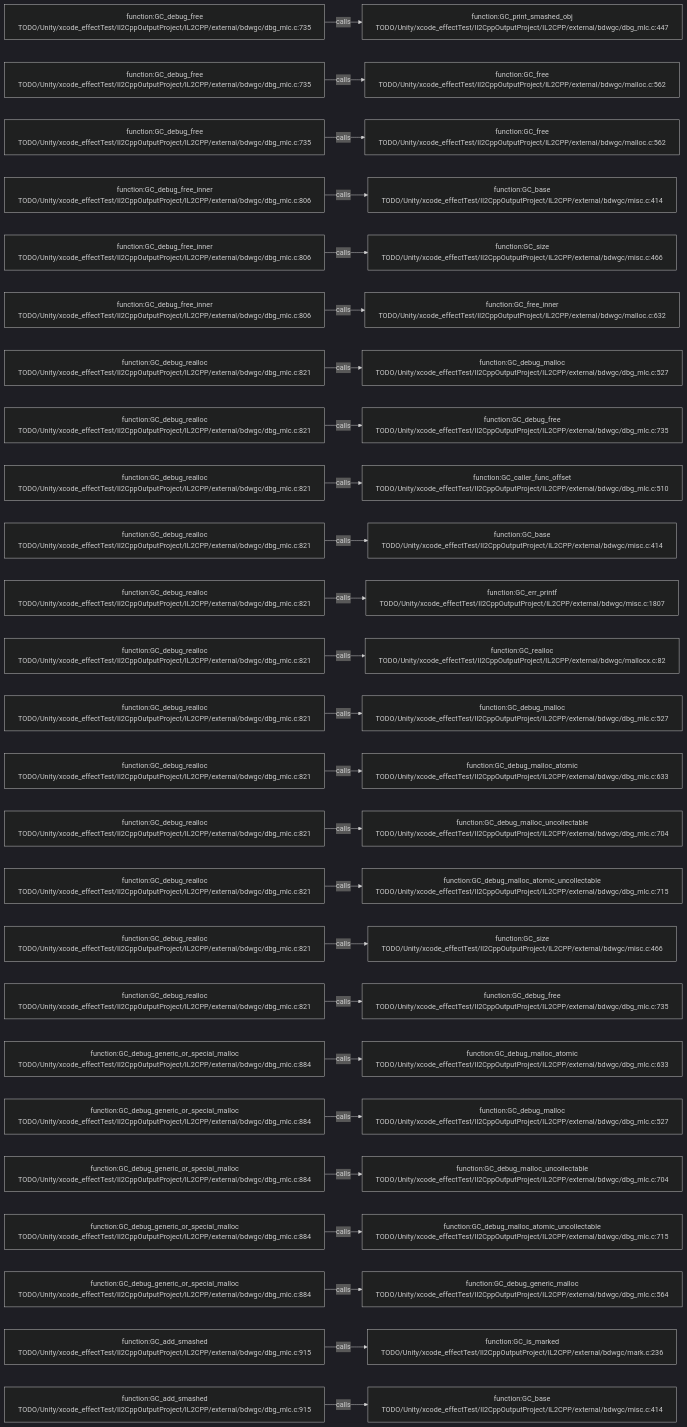
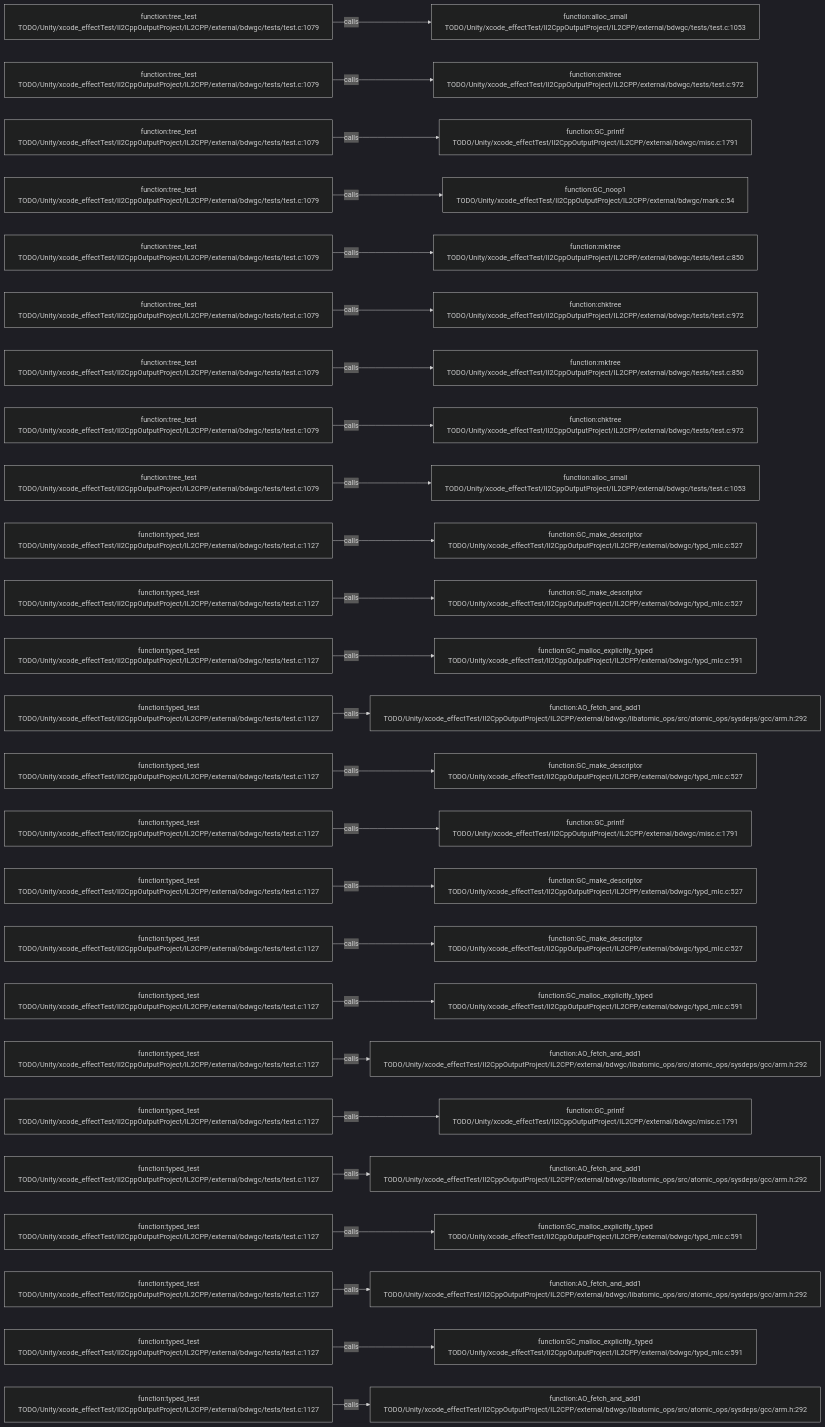
One commit to JobsKits/JobsSwiftBaseConfigDemo changed the diagram in .codegraph/codegraph.md/graphs/calls-168.md. Above: the diagram before and after it, drawn with Mermaid (dark theme). The commit also changed 227 other files, not shown here.

````diff
--- a/.codegraph/codegraph.md/graphs/calls-168.md
+++ b/.codegraph/codegraph.md/graphs/calls-168.md
@@ -13,78 +13,78 @@
 ```mermaid
 flowchart LR
-  S1["function:GC_debug_free<br/>TODO/Unity/xcode_effectTest/Il2CppOutputProject/IL2CPP/external/bdwgc/dbg_mlc.c:735"]
-  T1["function:GC_print_smashed_obj<br/>TODO/Unity/xcode_effectTest/Il2CppOutputProject/IL2CPP/external/bdwgc/dbg_mlc.c:447"]
+  S1["function:tree_test<br/>TODO/Unity/xcode_effectTest/Il2CppOutputProject/IL2CPP/external/bdwgc/tests/test.c:1079"]
+  T1["function:alloc_small<br/>TODO/Unity/xcode_effectTest/Il2CppOutputProject/IL2CPP/external/bdwgc/tests/test.c:1053"]
   S1 -->|calls| T1
-  S2["function:GC_debug_free<br/>TODO/Unity/xcode_effectTest/Il2CppOutputProject/IL2CPP/external/bdwgc/dbg_mlc.c:735"]
-  T2["function:GC_free<br/>TODO/Unity/xcode_effectTest/Il2CppOutputProject/IL2CPP/external/bdwgc/malloc.c:562"]
+  S2["function:tree_test<br/>TODO/Unity/xcode_effectTest/Il2CppOutputProject/IL2CPP/external/bdwgc/tests/test.c:1079"]
+  T2["function:chktree<br/>TODO/Unity/xcode_effectTest/Il2CppOutputProject/IL2CPP/external/bdwgc/tests/test.c:972"]
   S2 -->|calls| T2
-  S3["function:GC_debug_free<br/>TODO/Unity/xcode_effectTest/Il2CppOutputProject/IL2CPP/external/bdwgc/dbg_mlc.c:735"]
-  T3["function:GC_free<br/>TODO/Unity/xcode_effectTest/Il2CppOutputProject/IL2CPP/external/bdwgc/malloc.c:562"]
+  S3["function:tree_test<br/>TODO/Unity/xcode_effectTest/Il2CppOutputProject/IL2CPP/external/bdwgc/tests/test.c:1079"]
+  T3["function:GC_printf<br/>TODO/Unity/xcode_effectTest/Il2CppOutputProject/IL2CPP/external/bdwgc/misc.c:1791"]
   S3 -->|calls| T3
-  S4["function:GC_debug_free_inner<br/>TODO/Unity/xcode_effectTest/Il2CppOutputProject/IL2CPP/external/bdwgc/dbg_mlc.c:806"]
-  T4["function:GC_base<br/>TODO/Unity/xcode_effectTest/Il2CppOutputProject/IL2CPP/external/bdwgc/misc.c:414"]
+  S4["function:tree_test<br/>TODO/Unity/xcode_effectTest/Il2CppOutputProject/IL2CPP/external/bdwgc/tests/test.c:1079"]
+  T4["function:GC_noop1<br/>TODO/Unity/xcode_effectTest/Il2CppOutputProject/IL2CPP/external/bdwgc/mark.c:54"]
   S4 -->|calls| T4
-  S5["function:GC_debug_free_inner<br/>TODO/Unity/xcode_effectTest/Il2CppOutputProject/IL2CPP/external/bdwgc/dbg_mlc.c:806"]
-  T5["function:GC_size<br/>TODO/Unity/xcode_effectTest/Il2CppOutputProject/IL2CPP/external/bdwgc/misc.c:466"]
+  S5["function:tree_test<br/>TODO/Unity/xcode_effectTest/Il2CppOutputProject/IL2CPP/external/bdwgc/tests/test.c:1079"]
+  T5["function:mktree<br/>TODO/Unity/xcode_effectTest/Il2CppOutputProject/IL2CPP/external/bdwgc/tests/test.c:850"]
   S5 -->|calls| T5
-  S6["function:GC_debug_free_inner<br/>TODO/Unity/xcode_effectTest/Il2CppOutputProject/IL2CPP/external/bdwgc/dbg_mlc.c:806"]
-  T6["function:GC_free_inner<br/>TODO/Unity/xcode_effectTest/Il2CppOutputProject/IL2CPP/external/bdwgc/malloc.c:632"]
+  S6["function:tree_test<br/>TODO/Unity/xcode_effectTest/Il2CppOutputProject/IL2CPP/external/bdwgc/tests/test.c:1079"]
+  T6["function:chktree<br/>TODO/Unity/xcode_effectTest/Il2CppOutputProject/IL2CPP/external/bdwgc/tests/test.c:972"]
   S6 -->|calls| T6
-  S7["function:GC_debug_realloc<br/>TODO/Unity/xcode_effectTest/Il2CppOutputProject/IL2CPP/external/bdwgc/dbg_mlc.c:821"]
-  T7["function:GC_debug_malloc<br/>TODO/Unity/xcode_effectTest/Il2CppOutputProject/IL2CPP/external/bdwgc/dbg_mlc.c:527"]
+  S7["function:tree_test<br/>TODO/Unity/xcode_effectTest/Il2CppOutputProject/IL2CPP/external/bdwgc/tests/test.c:1079"]
+  T7["function:mktree<br/>TODO/Unity/xcode_effectTest/Il2CppOutputProject/IL2CPP/external/bdwgc/tests/test.c:850"]
   S7 -->|calls| T7
-  S8["function:GC_debug_realloc<br/>TODO/Unity/xcode_effectTest/Il2CppOutputProject/IL2CPP/external/bdwgc/dbg_mlc.c:821"]
-  T8["function:GC_debug_free<br/>TODO/Unity/xcode_effectTest/Il2CppOutputProject/IL2CPP/external/bdwgc/dbg_mlc.c:735"]
+  S8["function:tree_test<br/>TODO/Unity/xcode_effectTest/Il2CppOutputProject/IL2CPP/external/bdwgc/tests/test.c:1079"]
+  T8["function:chktree<br/>TODO/Unity/xcode_effectTest/Il2CppOutputProject/IL2CPP/external/bdwgc/tests/test.c:972"]
   S8 -->|calls| T8
-  S9["function:GC_debug_realloc<br/>TODO/Unity/xcode_effectTest/Il2CppOutputProject/IL2CPP/external/bdwgc/dbg_mlc.c:821"]
-  T9["function:GC_caller_func_offset<br/>TODO/Unity/xcode_effectTest/Il2CppOutputProject/IL2CPP/external/bdwgc/dbg_mlc.c:510"]
+  S9["function:tree_test<br/>TODO/Unity/xcode_effectTest/Il2CppOutputProject/IL2CPP/external/bdwgc/tests/test.c:1079"]
+  T9["function:alloc_small<br/>TODO/Unity/xcode_effectTest/Il2CppOutputProject/IL2CPP/external/bdwgc/tests/test.c:1053"]
   S9 -->|calls| T9
-  S10["function:GC_debug_realloc<br/>TODO/Unity/xcode_effectTest/Il2CppOutputProject/IL2CPP/external/bdwgc/dbg_mlc.c:821"]
-  T10["function:GC_base<br/>TODO/Unity/xcode_effectTest/Il2CppOutputProject/IL2CPP/external/bdwgc/misc.c:414"]
+  S10["function:typed_test<br/>TODO/Unity/xcode_effectTest/Il2CppOutputProject/IL2CPP/external/bdwgc/tests/test.c:1127"]
+  T10["function:GC_make_descriptor<br/>TODO/Unity/xcode_effectTest/Il2CppOutputProject/IL2CPP/external/bdwgc/typd_mlc.c:527"]
   S10 -->|calls| T10
-  S11["function:GC_debug_realloc<br/>TODO/Unity/xcode_effectTest/Il2CppOutputProject/IL2CPP/external/bdwgc/dbg_mlc.c:821"]
-  T11["function:GC_err_printf<br/>TODO/Unity/xcode_effectTest/Il2CppOutputProject/IL2CPP/external/bdwgc/misc.c:1807"]
+  S11["function:typed_test<br/>TODO/Unity/xcode_effectTest/Il2CppOutputProject/IL2CPP/external/bdwgc/tests/test.c:1127"]
+  T11["function:GC_make_descriptor<br/>TODO/Unity/xcode_effectTest/Il2CppOutputProject/IL2CPP/external/bdwgc/typd_mlc.c:527"]
   S11 -->|calls| T11
-  S12["function:GC_debug_realloc<br/>TODO/Unity/xcode_effectTest/Il2CppOutputProject/IL2CPP/external/bdwgc/dbg_mlc.c:821"]
-  T12["function:GC_realloc<br/>TODO/Unity/xcode_effectTest/Il2CppOutputProject/IL2CPP/external/bdwgc/mallocx.c:82"]
+  S12["function:typed_test<br/>TODO/Unity/xcode_effectTest/Il2CppOutputProject/IL2CPP/external/bdwgc/tests/test.c:1127"]
+  T12["function:GC_malloc_explicitly_typed<br/>TODO/Unity/xcode_effectTest/Il2CppOutputProject/IL2CPP/external/bdwgc/typd_mlc.c:591"]
   S12 -->|calls| T12
-  S13["function:GC_debug_realloc<br/>TODO/Unity/xcode_effectTest/Il2CppOutputProject/IL2CPP/external/bdwgc/dbg_mlc.c:821"]
-  T13["function:GC_debug_malloc<br/>TODO/Unity/xcode_effectTest/Il2CppOutputProject/IL2CPP/external/bdwgc/dbg_mlc.c:527"]
+  S13["function:typed_test<br/>TODO/Unity/xcode_effectTest/Il2CppOutputProject/IL2CPP/external/bdwgc/tests/test.c:1127"]
+  T13["function:AO_fetch_and_add1<br/>TODO/Unity/xcode_effectTest/Il2CppOutputProject/IL2CPP/external/bdwgc/libatomic_ops/src/atomic_ops/sysdeps/gcc/arm.h:292"]
   S13 -->|calls| T13
-  S14["function:GC_debug_realloc<br/>TODO/Unity/xcode_effectTest/Il2CppOutputProject/IL2CPP/external/bdwgc/dbg_mlc.c:821"]
-  T14["function:GC_debug_malloc_atomic<br/>TODO/Unity/xcode_effectTest/Il2CppOutputProject/IL2CPP/external/bdwgc/dbg_mlc.c:633"]
+  S14["function:typed_test<br/>TODO/Unity/xcode_effectTest/Il2CppOutputProject/IL2CPP/external/bdwgc/tests/test.c:1127"]
+  T14["function:GC_make_descriptor<br/>TODO/Unity/xcode_effectTest/Il2CppOutputProject/IL2CPP/external/bdwgc/typd_mlc.c:527"]
   S14 -->|calls| T14
-  S15["function:GC_debug_realloc<br/>TODO/Unity/xcode_effectTest/Il2CppOutputProject/IL2CPP/external/bdwgc/dbg_mlc.c:821"]
-  T15["function:GC_debug_malloc_uncollectable<br/>TODO/Unity/xcode_effectTest/Il2CppOutputProject/IL2CPP/external/bdwgc/dbg_mlc.c:704"]
+  S15["function:typed_test<br/>TODO/Unity/xcode_effectTest/Il2CppOutputProject/IL2CPP/external/bdwgc/tests/test.c:1127"]
+  T15["function:GC_printf<br/>TODO/Unity/xcode_effectTest/Il2CppOutputProject/IL2CPP/external/bdwgc/misc.c:1791"]
   S15 -->|calls| T15
-  S16["function:GC_debug_realloc<br/>TODO/Unity/xcode_effectTest/Il2CppOutputProject/IL2CPP/external/bdwgc/dbg_mlc.c:821"]
-  T16["function:GC_debug_malloc_atomic_uncollectable<br/>TODO/Unity/xcode_effectTest/Il2CppOutputProject/IL2CPP/external/bdwgc/dbg_mlc.c:715"]
+  S16["function:typed_test<br/>TODO/Unity/xcode_effectTest/Il2CppOutputProject/IL2CPP/external/bdwgc/tests/test.c:1127"]
+  T16["function:GC_make_descriptor<br/>TODO/Unity/xcode_effectTest/Il2CppOutputProject/IL2CPP/external/bdwgc/typd_mlc.c:527"]
   S16 -->|calls| T16
-  S17["function:GC_debug_realloc<br/>TODO/Unity/xcode_effectTest/Il2CppOutputProject/IL2CPP/external/bdwgc/dbg_mlc.c:821"]
-  T17["function:GC_size<br/>TODO/Unity/xcode_effectTest/Il2CppOutputProject/IL2CPP/external/bdwgc/misc.c:466"]
+  S17["function:typed_test<br/>TODO/Unity/xcode_effectTest/Il2CppOutputProject/IL2CPP/external/bdwgc/tests/test.c:1127"]
+  T17["function:GC_make_descriptor<br/>TODO/Unity/xcode_effectTest/Il2CppOutputProject/IL2CPP/external/bdwgc/typd_mlc.c:527"]
   S17 -->|calls| T17
-  S18["function:GC_debug_realloc<br/>TODO/Unity/xcode_effectTest/Il2CppOutputProject/IL2CPP/external/bdwgc/dbg_mlc.c:821"]
-  T18["function:GC_debug_free<br/>TODO/Unity/xcode_effectTest/Il2CppOutputProject/IL2CPP/external/bdwgc/dbg_mlc.c:735"]
+  S18["function:typed_test<br/>TODO/Unity/xcode_effectTest/Il2CppOutputProject/IL2CPP/external/bdwgc/tests/test.c:1127"]
+  T18["function:GC_malloc_explicitly_typed<br/>TODO/Unity/xcode_effectTest/Il2CppOutputProject/IL2CPP/external/bdwgc/typd_mlc.c:591"]
   S18 -->|calls| T18
-  S19["function:GC_debug_generic_or_special_malloc<br/>TODO/Unity/xcode_effectTest/Il2CppOutputProject/IL2CPP/external/bdwgc/dbg_mlc.c:884"]
-  T19["function:GC_debug_malloc_atomic<br/>TODO/Unity/xcode_effectTest/Il2CppOutputProject/IL2CPP/external/bdwgc/dbg_mlc.c:633"]
+  S19["function:typed_test<br/>TODO/Unity/xcode_effectTest/Il2CppOutputProject/IL2CPP/external/bdwgc/tests/test.c:1127"]
+  T19["function:AO_fetch_and_add1<br/>TODO/Unity/xcode_effectTest/Il2CppOutputProject/IL2CPP/external/bdwgc/libatomic_ops/src/atomic_ops/sysdeps/gcc/arm.h:292"]
   S19 -->|calls| T19
-  S20["function:GC_debug_generic_or_special_malloc<br/>TODO/Unity/xcode_effectTest/Il2CppOutputProject/IL2CPP/external/bdwgc/dbg_mlc.c:884"]
-  T20["function:GC_debug_malloc<br/>TODO/Unity/xcode_effectTest/Il2CppOutputProject/IL2CPP/external/bdwgc/dbg_mlc.c:527"]
+  S20["function:typed_test<br/>TODO/Unity/xcode_effectTest/Il2CppOutputProject/IL2CPP/external/bdwgc/tests/test.c:1127"]
+  T20["function:GC_printf<br/>TODO/Unity/xcode_effectTest/Il2CppOutputProject/IL2CPP/external/bdwgc/misc.c:1791"]
   S20 -->|calls| T20
-  S21["function:GC_debug_generic_or_special_malloc<br/>TODO/Unity/xcode_effectTest/Il2CppOutputProject/IL2CPP/external/bdwgc/dbg_mlc.c:884"]
-  T21["function:GC_debug_malloc_uncollectable<br/>TODO/Unity/xcode_effectTest/Il2CppOutputProject/IL2CPP/external/bdwgc/dbg_mlc.c:704"]
+  S21["function:typed_test<br/>TODO/Unity/xcode_effectTest/Il2CppOutputProject/IL2CPP/external/bdwgc/tests/test.c:1127"]
+  T21["function:AO_fetch_and_add1<br/>TODO/Unity/xcode_effectTest/Il2CppOutputProject/IL2CPP/external/bdwgc/libatomic_ops/src/atomic_ops/sysdeps/gcc/arm.h:292"]
   S21 -->|calls| T21
-  S22["function:GC_debug_generic_or_special_malloc<br/>TODO/Unity/xcode_effectTest/Il2CppOutputProject/IL2CPP/external/bdwgc/dbg_mlc.c:884"]
-  T22["function:GC_debug_malloc_atomic_uncollectable<br/>TODO/Unity/xcode_effectTest/Il2CppOutputProject/IL2CPP/external/bdwgc/dbg_mlc.c:715"]
+  S22["function:typed_test<br/>TODO/Unity/xcode_effectTest/Il2CppOutputProject/IL2CPP/external/bdwgc/tests/test.c:1127"]
+  T22["function:GC_malloc_explicitly_typed<br/>TODO/Unity/xcode_effectTest/Il2CppOutputProject/IL2CPP/external/bdwgc/typd_mlc.c:591"]
   S22 -->|calls| T22
-  S23["function:GC_debug_generic_or_special_malloc<br/>TODO/Unity/xcode_effectTest/Il2CppOutputProject/IL2CPP/external/bdwgc/dbg_mlc.c:884"]
-  T23["function:GC_debug_generic_malloc<br/>TODO/Unity/xcode_effectTest/Il2CppOutputProject/IL2CPP/external/bdwgc/dbg_mlc.c:564"]
+  S23["function:typed_test<br/>TODO/Unity/xcode_effectTest/Il2CppOutputProject/IL2CPP/external/bdwgc/tests/test.c:1127"]
+  T23["function:AO_fetch_and_add1<br/>TODO/Unity/xcode_effectTest/Il2CppOutputProject/IL2CPP/external/bdwgc/libatomic_ops/src/atomic_ops/sysdeps/gcc/arm.h:292"]
   S23 -->|calls| T23
-  S24["function:GC_add_smashed<br/>TODO/Unity/xcode_effectTest/Il2CppOutputProject/IL2CPP/external/bdwgc/dbg_mlc.c:915"]
-  T24["function:GC_is_marked<br/>TODO/Unity/xcode_effectTest/Il2CppOutputProject/IL2CPP/external/bdwgc/mark.c:236"]
+  S24["function:typed_test<br/>TODO/Unity/xcode_effectTest/Il2CppOutputProject/IL2CPP/external/bdwgc/tests/test.c:1127"]
+  T24["function:GC_malloc_explicitly_typed<br/>TODO/Unity/xcode_effectTest/Il2CppOutputProject/IL2CPP/external/bdwgc/typd_mlc.c:591"]
   S24 -->|calls| T24
-  S25["function:GC_add_smashed<br/>TODO/Unity/xcode_effectTest/Il2CppOutputProject/IL2CPP/external/bdwgc/dbg_mlc.c:915"]
-  T25["function:GC_base<br/>TODO/Unity/xcode_effectTest/Il2CppOutputProject/IL2CPP/external/bdwgc/misc.c:414"]
+  S25["function:typed_test<br/>TODO/Unity/xcode_effectTest/Il2CppOutputProject/IL2CPP/external/bdwgc/tests/test.c:1127"]
+  T25["function:AO_fetch_and_add1<br/>TODO/Unity/xcode_effectTest/Il2CppOutputProject/IL2CPP/external/bdwgc/libatomic_ops/src/atomic_ops/sysdeps/gcc/arm.h:292"]
   S25 -->|calls| T25
 ```
````
